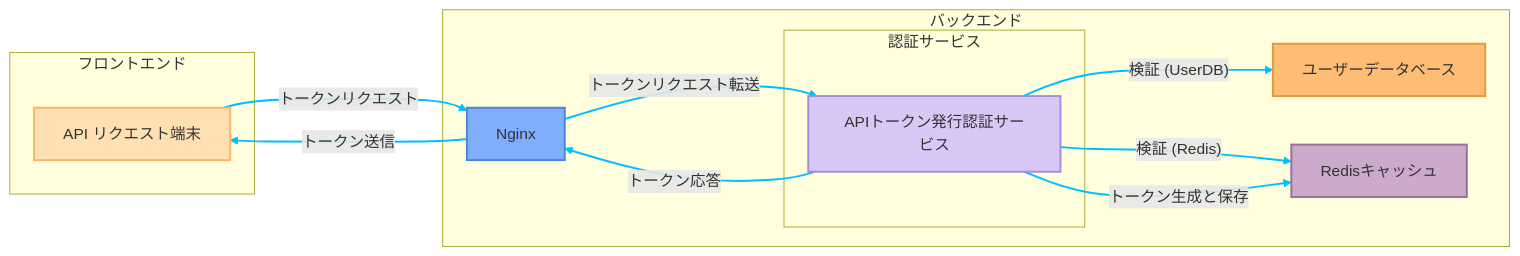
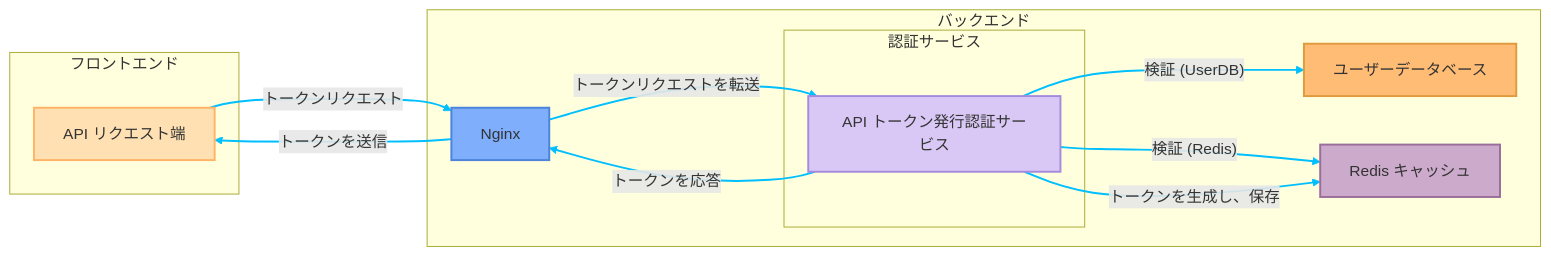
One commit to DocsaidLab/website changed the third of 6 diagrams in i18n/ja/docusaurus-plugin-content-blog/2025/03-16-builds-dashboard-system/index.md. Above: the diagram before and after it, drawn with Mermaid. The commit also changed other lines of this file and 2 other files, not shown here.

````diff
--- a/i18n/ja/docusaurus-plugin-content-blog/2025/03-16-builds-dashboard-system/index.md
+++ b/i18n/ja/docusaurus-plugin-content-blog/2025/03-16-builds-dashboard-system/index.md
@@ -248,38 +301,38 @@
 ```mermaid
 graph LR
     subgraph フロントエンド
-        apiClient[API リクエスト端末]
+        apiClient[API リクエスト端]
     end
 
     subgraph バックエンド
         Nginx[Nginx]
         subgraph 認証サービス
-            APIToken[APIトークン発行認証サービス]
+            APIToken[API トークン発行認証サービス]
         end
         UserDB[ユーザーデータベース]
-        Redis[Redisキャッシュ]
+        Redis[Redis キャッシュ]
     end
 
     apiClient -- "トークンリクエスト" --> Nginx
-    Nginx -- "トークンリクエスト転送" --> APIToken
+    Nginx -- "トークンリクエストを転送" --> APIToken
     APIToken -- "検証 (Redis)" --> Redis
     APIToken -- "検証 (UserDB)" --> UserDB
-    APIToken -- "トークン生成と保存" --> Redis
-    APIToken -- "トークン応答" --> Nginx
-    Nginx -- "トークン送信" --> apiClient
+    APIToken -- "トークンを生成し、保存" --> Redis
+    APIToken -- "トークンを応答" --> Nginx
+    Nginx -- "トークンを送信" --> apiClient
 
     linkStyle 0 stroke:#00bfff,stroke-width:2px
     linkStyle 1 stroke:#00bfff,stroke-width:2px
     linkStyle 2 stroke:#00bfff,stroke-width:2px
     linkStyle 3 stroke:#00bfff,stroke-width:2px
     linkStyle 4 stroke:#00bfff,stroke-width:2px
     linkStyle 5 stroke:#00bfff,stroke-width:2px
     linkStyle 6 stroke:#00bfff,stroke-width:2px
 
-    %% ノードのスタイル
+    %% ノードスタイル
     style apiClient fill:#ffe0b3,stroke:#ffb366,stroke-width:2px
     style Nginx fill:#7eaefc,stroke:#4c84d9,stroke-width:2px
     style APIToken fill:#d9c8f5,stroke:#a58bdd,stroke-width:2px
     style UserDB fill:#ffbc75,stroke:#e09a3f,stroke-width:2px
     style Redis fill:#cbaacb,stroke:#9a6d9a,stroke-width:2px
 ```
````
